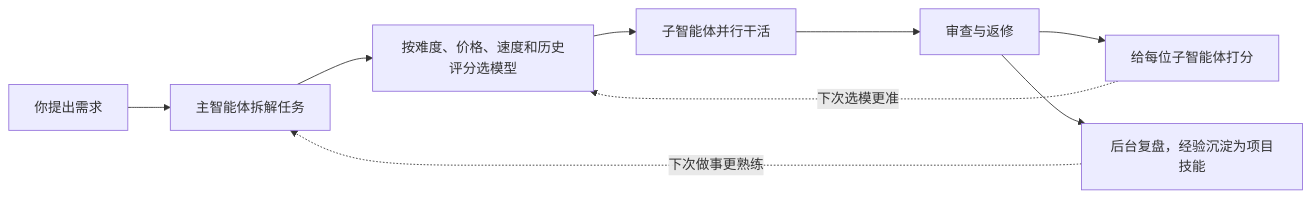
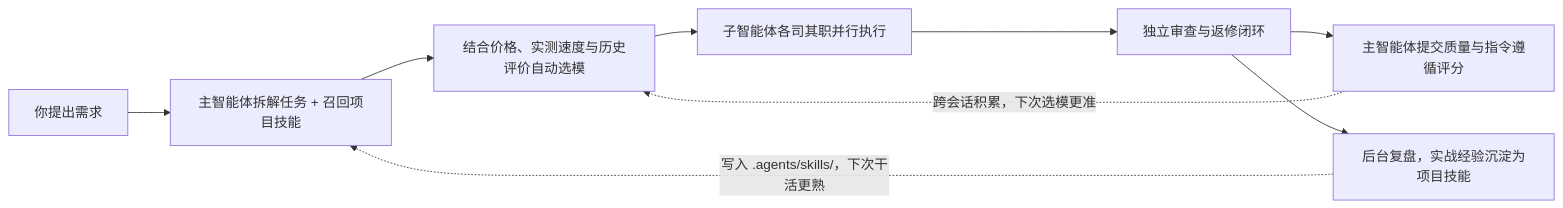
Before and after one commit to ZR233/anywork: the diagram in README.md, drawn with Mermaid. The commit also changed other lines of this file and 2 other files, not shown here.

Commit message:
docs: 重构 README 突出四大核心特点并补充实机截图

````diff
--- a/README.md
+++ b/README.md
@@ -77,11 +116,11 @@
 ```mermaid
 flowchart LR
-  A["你提出需求"] --> B["主智能体拆解任务"]
-  B --> C["按难度、价格、速度和历史评分选模型"]
-  C --> D["子智能体并行干活"]
-  D --> E["审查与返修"]
-  E --> F["给每位子智能体打分"]
-  E --> G["后台复盘，经验沉淀为项目技能"]
-  F -. "下次选模更准" .-> C
-  G -. "下次做事更熟练" .-> B
+  A["你提出需求"] --> B["主智能体拆解任务 + 召回项目技能"]
+  B --> C["结合价格、实测速度与历史评价自动选模"]
+  C --> D["子智能体各司其职并行执行"]
+  D --> E["独立审查与返修闭环"]
+  E --> F["主智能体提交质量与指令遵循评分"]
+  E --> G["后台复盘，实战经验沉淀为项目技能"]
+  F -. "跨会话积累，下次选模更准" .-> C
+  G -. "写入 .agents/skills/，下次干活更熟" .-> B
 ```
````
